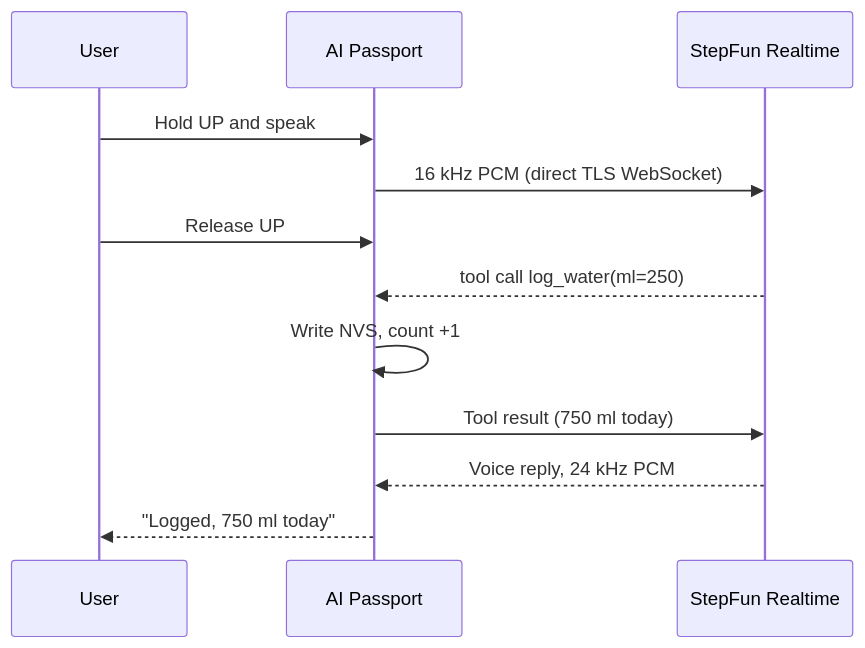
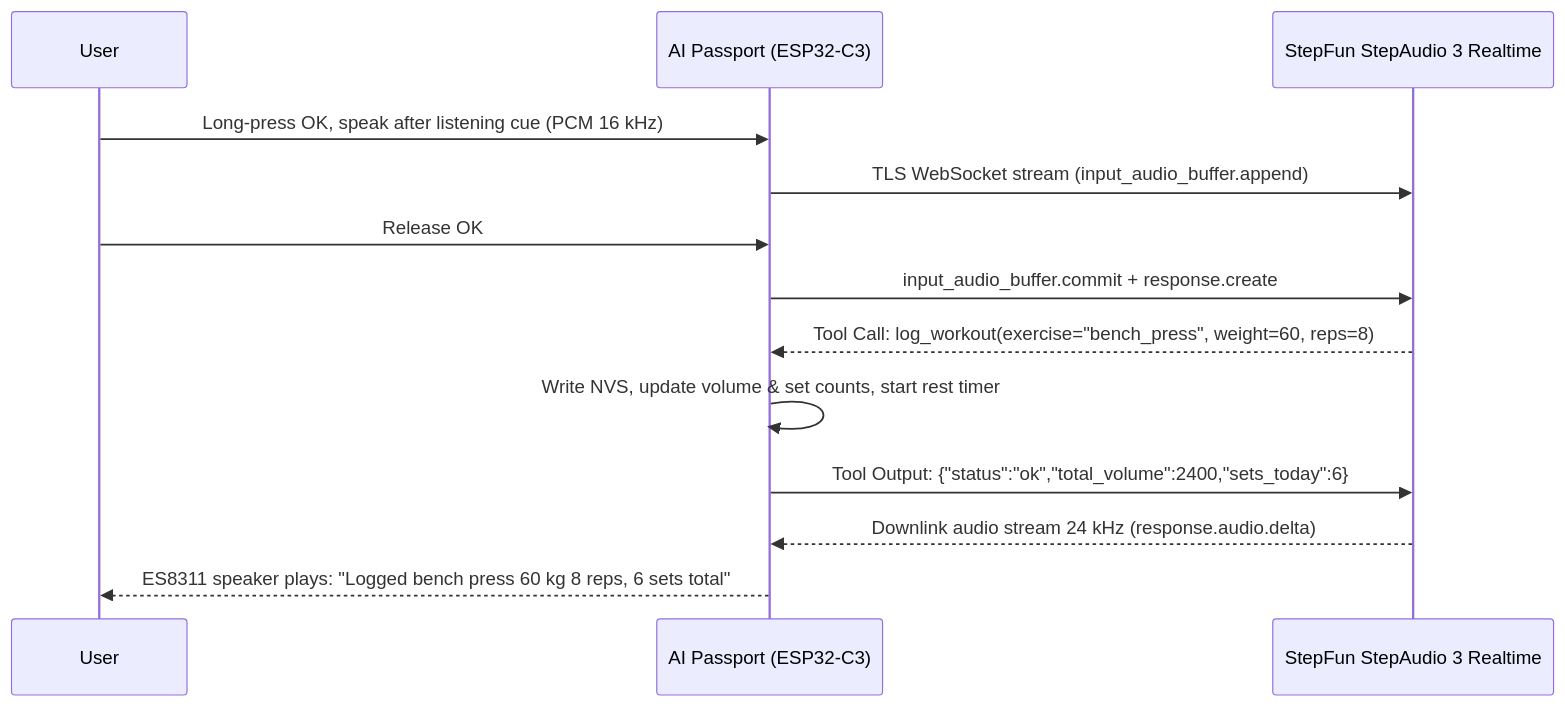
One commit to iFwu/passport-health-buddy changed the diagram in README.md. Above: the diagram before and after it, drawn with Mermaid. The commit also changed other lines of this file and 70 other files, not shown here.

````diff
--- a/README.md
+++ b/README.md
@@ -23,14 +87,15 @@
 ```mermaid
 sequenceDiagram
-    participant U as User
-    participant D as AI Passport
-    participant S as StepFun Realtime
-    U->>D: Hold UP and speak
-    D->>S: 16 kHz PCM (direct TLS WebSocket)
-    U->>D: Release UP
-    S-->>D: tool call log_water(ml=250)
-    D->>D: Write NVS, count +1
-    D->>S: Tool result (750 ml today)
-    S-->>D: Voice reply, 24 kHz PCM
-    D-->>U: "Logged, 750 ml today"
+    participant User as User
+    participant Passport as AI Passport (ESP32-C3)
+    participant StepFun as StepFun StepAudio 3 Realtime
+    User->>Passport: Long-press OK, speak after listening cue (PCM 16 kHz)
+    Passport->>StepFun: TLS WebSocket stream (input_audio_buffer.append)
+    User->>Passport: Release OK
+    Passport->>StepFun: input_audio_buffer.commit + response.create
+    StepFun-->>Passport: Tool Call: log_workout(exercise="bench_press", weight=60, reps=8)
+    Passport->>Passport: Write NVS, update volume & set counts, start rest timer
+    Passport->>StepFun: Tool Output: {"status":"ok","total_volume":2400,"sets_today":6}
+    StepFun-->>Passport: Downlink audio stream 24 kHz (response.audio.delta)
+    Passport-->>User: ES8311 speaker plays: "Logged bench press 60 kg 8 reps, 6 sets total"
 ```
````
